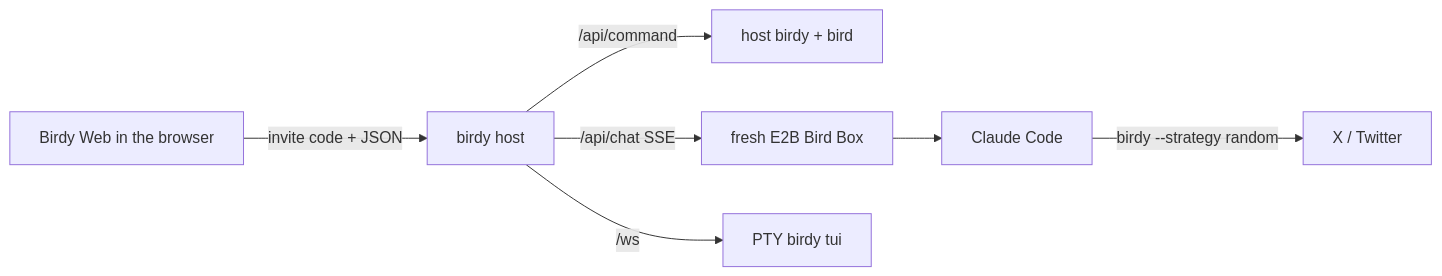
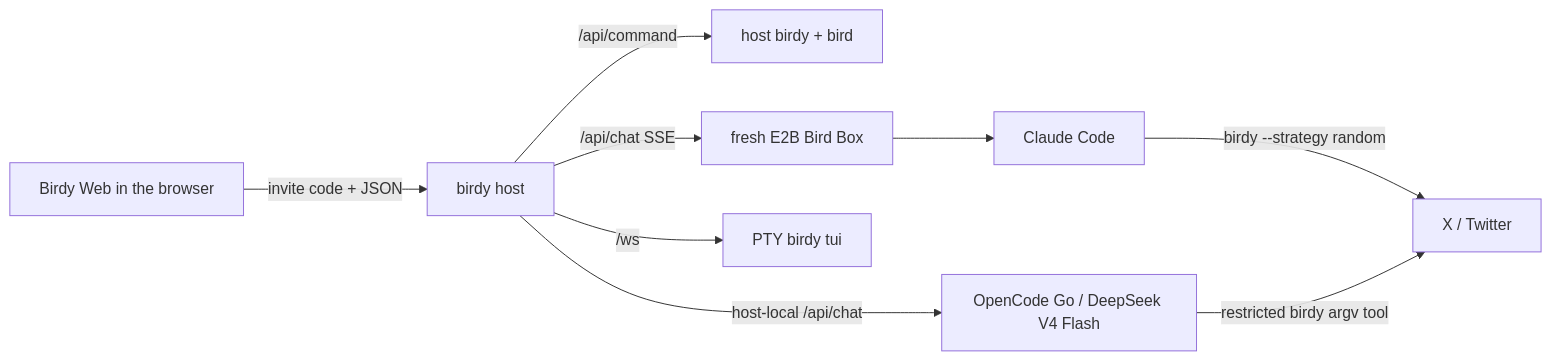
The diagram in README.md (guzus/birdy), drawn with Mermaid before and after one commit. The commit also changed other lines of this file and 25 other files, not shown here.

Commit message:
feat(web): add tool-capable OpenCode chat model

````diff
--- a/README.md
+++ b/README.md
@@ -99,9 +102,11 @@
 ```mermaid
 flowchart LR
     Browser["Birdy Web in the browser"] -->|"invite code + JSON"| Host["birdy host"]
     Host -->|"/api/command"| Local["host birdy + bird"]
     Host -->|"/api/chat SSE"| Box["fresh E2B Bird Box"]
     Box --> Claude["Claude Code"]
     Claude -->|"birdy --strategy random"| X["X / Twitter"]
+    Host -->|"host-local /api/chat"| OpenCode["OpenCode Go / DeepSeek V4 Flash"]
+    OpenCode -->|"restricted birdy argv tool"| X
     Host -->|"/ws"| TUI["PTY birdy tui"]
 ```
````
